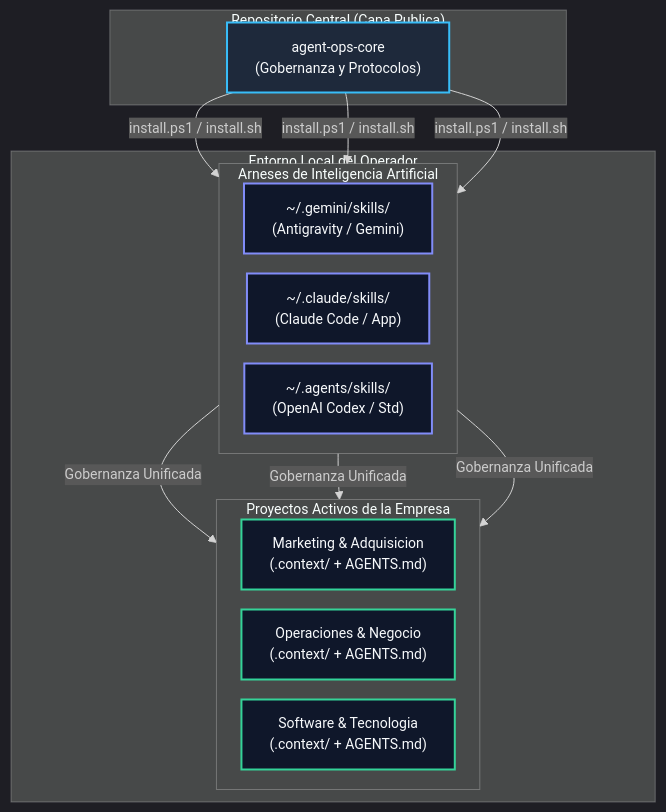
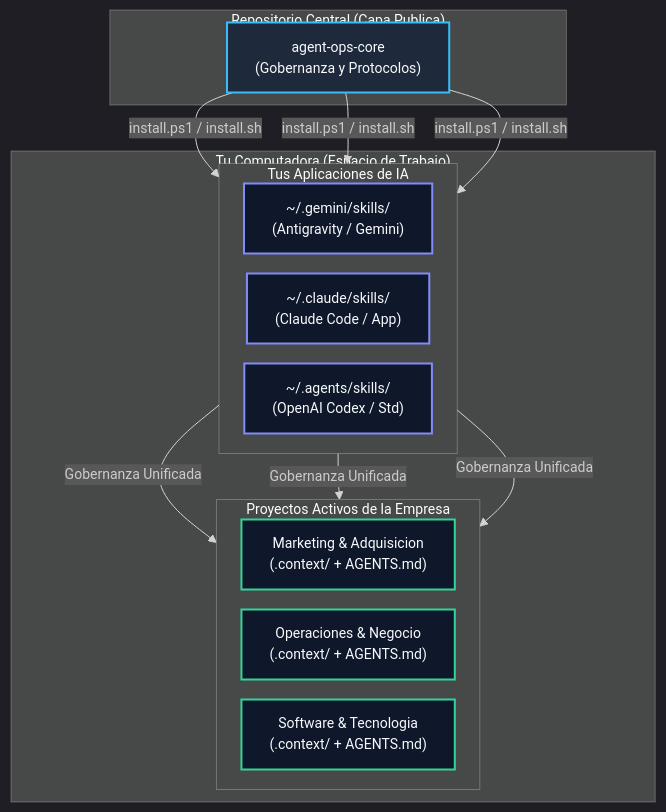
Before and after one commit to eddvasquez/agent-ops-core: the second of 4 diagrams in README.md, drawn with Mermaid. The commit also changed other lines of this file, not shown here.

Commit message:
docs(interlude): purgar jerga tecnocratica (arneses, equipos de IA, operador, control fisico) por lenguaje natural de negocios

````diff
--- a/README.md
+++ b/README.md
@@ -157,38 +157,38 @@
 ```mermaid
 %%{init: {'theme': 'dark', 'themeVariables': { 'fontSize': '14px' }, 'flowchart': { 'minNodeWidth': 220, 'nodeSpacing': 20, 'rankSpacing': 25, 'padding': 14 }}}%%
 flowchart TD
     subgraph GITHUB["Repositorio Central (Capa Publica)"]
         Core["agent-ops-core<br>(Gobernanza y Protocolos)"]
     end
 
-    subgraph LOCAL["Entorno Local del Operador"]
-        subgraph HARNESSES["Arneses de Inteligencia Artificial"]
+    subgraph LOCAL["Tu Computadora (Espacio de Trabajo)"]
+        subgraph APPS["Tus Aplicaciones de IA"]
             direction LR
             Gemini["~/.gemini/skills/<br>(Antigravity / Gemini)"]
             Claude["~/.claude/skills/<br>(Claude Code / App)"]
             Codex["~/.agents/skills/<br>(OpenAI Codex / Std)"]
         end
 
         subgraph PROYECTOS["Proyectos Activos de la Empresa"]
             direction LR
             P1["Marketing & Adquisicion<br>(.context/ + AGENTS.md)"]
             P2["Operaciones & Negocio<br>(.context/ + AGENTS.md)"]
             P3["Software & Tecnologia<br>(.context/ + AGENTS.md)"]
         end
     end
 
     Core -->|"install.ps1 / install.sh"| Gemini
     Core -->|"install.ps1 / install.sh"| Claude
     Core -->|"install.ps1 / install.sh"| Codex
 
     Gemini -->|"Gobernanza Unificada"| PROYECTOS
     Claude -->|"Gobernanza Unificada"| PROYECTOS
     Codex -->|"Gobernanza Unificada"| PROYECTOS
 
     classDef central fill:#1e293b,stroke:#38bdf8,stroke-width:2px,color:#f8fafc;
     classDef harness fill:#0f172a,stroke:#818cf8,stroke-width:2px,color:#f8fafc;
     classDef project fill:#0f172a,stroke:#34d399,stroke-width:2px,color:#f8fafc;
     class Core central;
     class Gemini,Claude,Codex harness;
     class P1,P2,P3 project;
 ```
````
